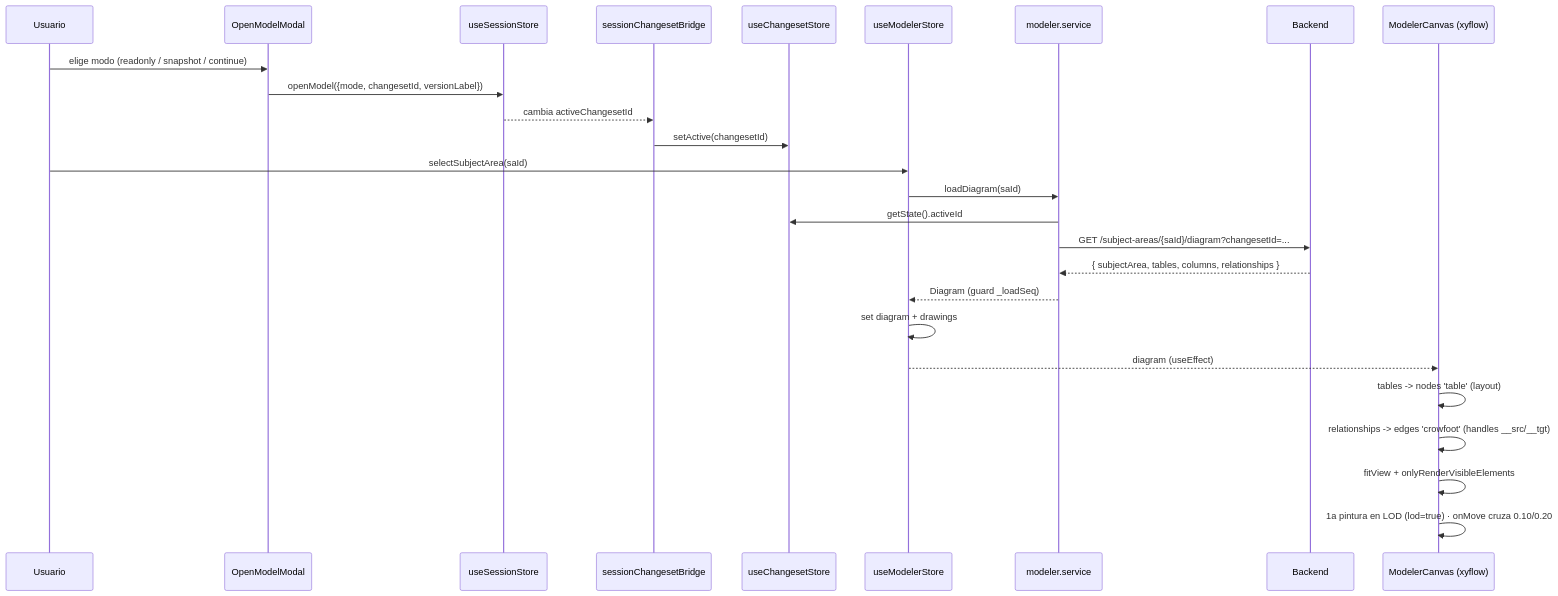
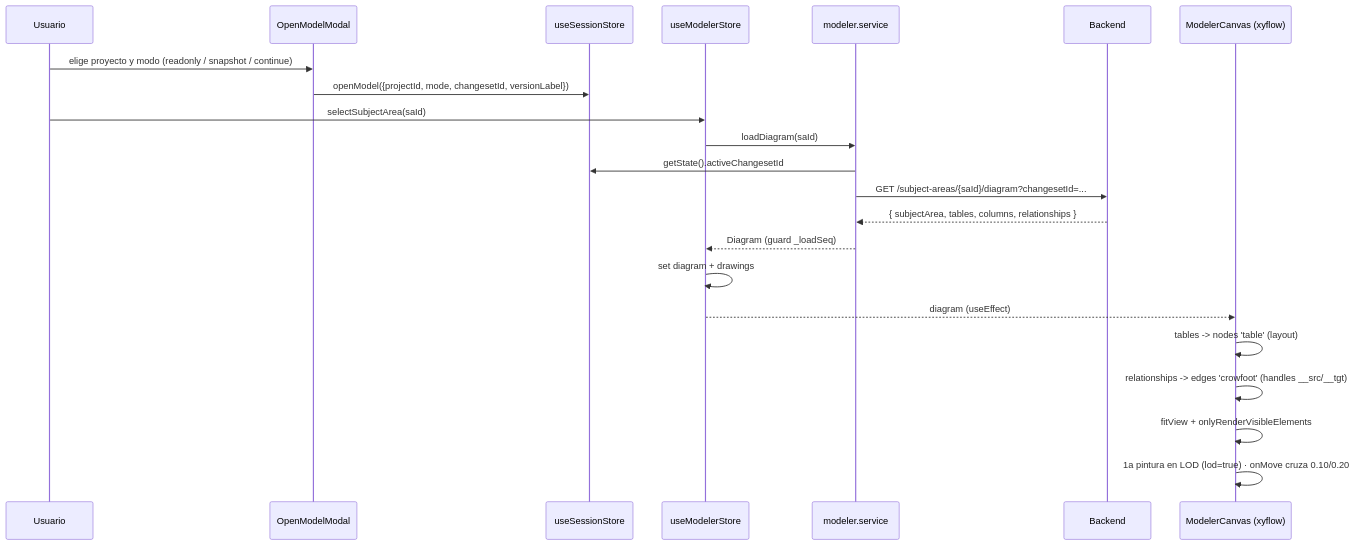
The third of 8 diagrams in doc/data-flow.md (Carlosmps97/web-data-model-hub), drawn with Mermaid before and after one commit. The commit also changed other lines of this file and 198 other files, not shown here.

````diff
--- a/doc/data-flow.md
+++ b/doc/data-flow.md
@@ -225,29 +224,25 @@
 ```mermaid
 sequenceDiagram
   participant U as Usuario
   participant OM as OpenModelModal
   participant SS as useSessionStore
-  participant Br as sessionChangesetBridge
-  participant CS as useChangesetStore
   participant MS as useModelerStore
   participant Svc as modeler.service
   participant API as Backend
   participant RF as ModelerCanvas (xyflow)
 
-  U->>OM: elige modo (readonly / snapshot / continue)
-  OM->>SS: openModel({mode, changesetId, versionLabel})
-  SS-->>Br: cambia activeChangesetId
-  Br->>CS: setActive(changesetId)
+  U->>OM: elige proyecto y modo (readonly / snapshot / continue)
+  OM->>SS: openModel({projectId, mode, changesetId, versionLabel})
   U->>MS: selectSubjectArea(saId)
   MS->>Svc: loadDiagram(saId)
-  Svc->>CS: getState().activeId
+  Svc->>SS: getState().activeChangesetId
   Svc->>API: GET /subject-areas/{saId}/diagram?changesetId=...
   API-->>Svc: { subjectArea, tables, columns, relationships }
   Svc-->>MS: Diagram (guard _loadSeq)
   MS->>MS: set diagram + drawings
   MS-->>RF: diagram (useEffect)
   RF->>RF: tables -> nodes 'table' (layout)
   RF->>RF: relationships -> edges 'crowfoot' (handles __src/__tgt)
   RF->>RF: fitView + onlyRenderVisibleElements
   RF->>RF: 1a pintura en LOD (lod=true) · onMove cruza 0.10/0.20
 ```
````
